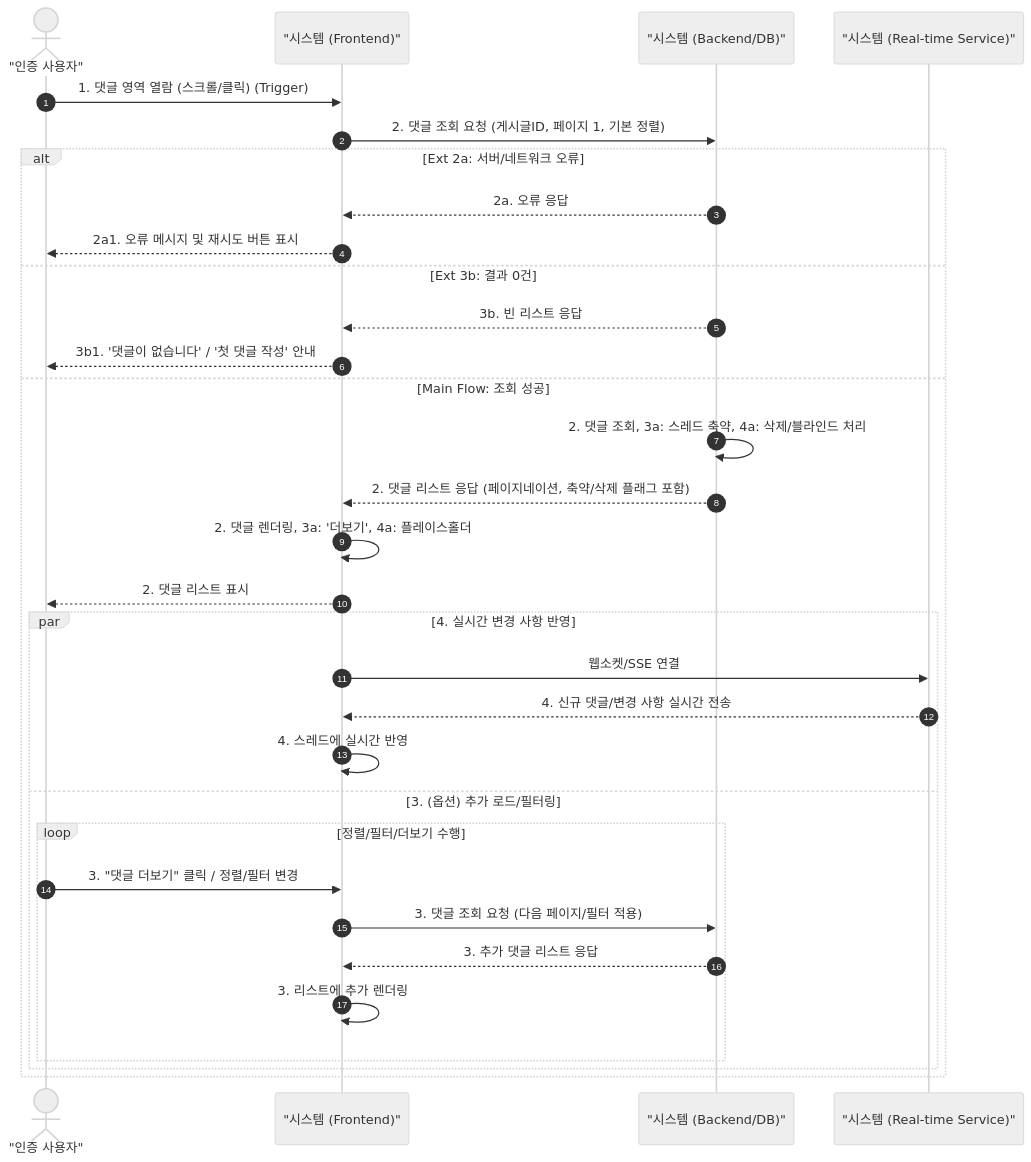
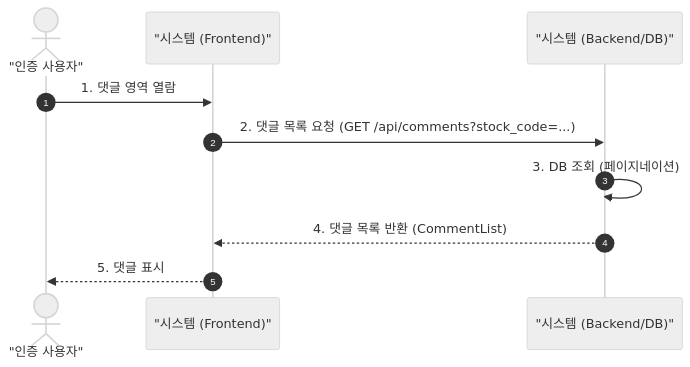
One commit to YU-SoftwareEng/AlphaBot changed diagram 18 of 18 in 문서/SDS/SDS_[Alphabot]_4_SequenceDiagram.md. Above: the diagram before and after it, drawn with Mermaid (neutral theme). The commit also changed other lines of this file and 2 other files, not shown here.

````diff
--- a/문서/SDS/SDS_[Alphabot]_4_SequenceDiagram.md
+++ b/문서/SDS/SDS_[Alphabot]_4_SequenceDiagram.md
@@ -618,38 +567,14 @@
 ```mermaid
 sequenceDiagram
     autonumber
     actor User as "인증 사용자"
     participant FE as "시스템 (Frontend)"
     participant BE as "시스템 (Backend/DB)"
-    participant Realtime as "시스템 (Real-time Service)"
 
-    User->>FE: 1. 댓글 영역 열람 (스크롤/클릭) (Trigger)
-    FE->>BE: 2. 댓글 조회 요청 (게시글ID, 페이지 1, 기본 정렬)
+    User->>FE: 1. 댓글 영역 열람
+    FE->>BE: 2. 댓글 목록 요청 (GET /api/comments?stock_code=...)
 
-    alt Ext 2a: 서버/네트워크 오류
-        BE-->>FE: 2a. 오류 응답
-        FE-->>User: 2a1. 오류 메시지 및 재시도 버튼 표시
-    else Ext 3b: 결과 0건
-        BE-->>FE: 3b. 빈 리스트 응답
-        FE-->>User: 3b1. '댓글이 없습니다' / '첫 댓글 작성' 안내
-    else Main Flow: 조회 성공
-        BE->>BE: 2. 댓글 조회, 3a: 스레드 축약, 4a: 삭제/블라인드 처리
-        BE-->>FE: 2. 댓글 리스트 응답 (페이지네이션, 축약/삭제 플래그 포함)
-        FE->>FE: 2. 댓글 렌더링, 3a: '더보기', 4a: 플레이스홀더
-        FE-->>User: 2. 댓글 리스트 표시
-
-        %% 페이지 진입 후 실시간 반영 및 추가 로드 (병렬)
-        par 4. 실시간 변경 사항 반영
-            FE->>Realtime: 웹소켓/SSE 연결
-            Realtime-->>FE: 4. 신규 댓글/변경 사항 실시간 전송
-            FE->>FE: 4. 스레드에 실시간 반영
-        and 3. (옵션) 추가 로드/필터링
-            loop 정렬/필터/더보기 수행
-                User->>FE: 3. "댓글 더보기" 클릭 / 정렬/필터 변경
-                FE->>BE: 3. 댓글 조회 요청 (다음 페이지/필터 적용)
-                BE-->>FE: 3. 추가 댓글 리스트 응답
-                FE->>FE: 3. 리스트에 추가 렌더링
-            end
-        end
-    end
+    BE->>BE: 3. DB 조회 (페이지네이션)
+    BE-->>FE: 4. 댓글 목록 반환 (CommentList)
+    FE-->>User: 5. 댓글 표시
 ```
````
